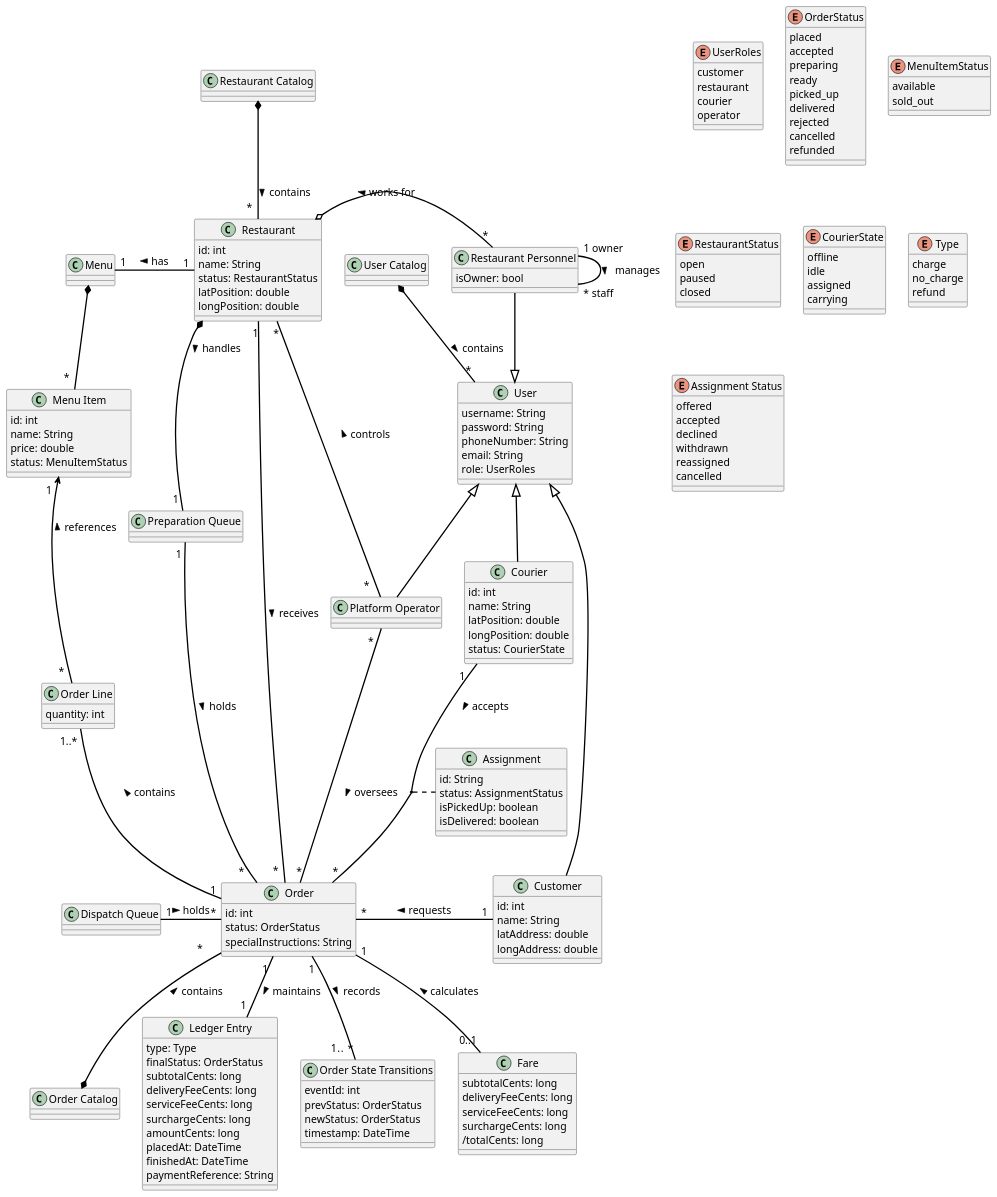
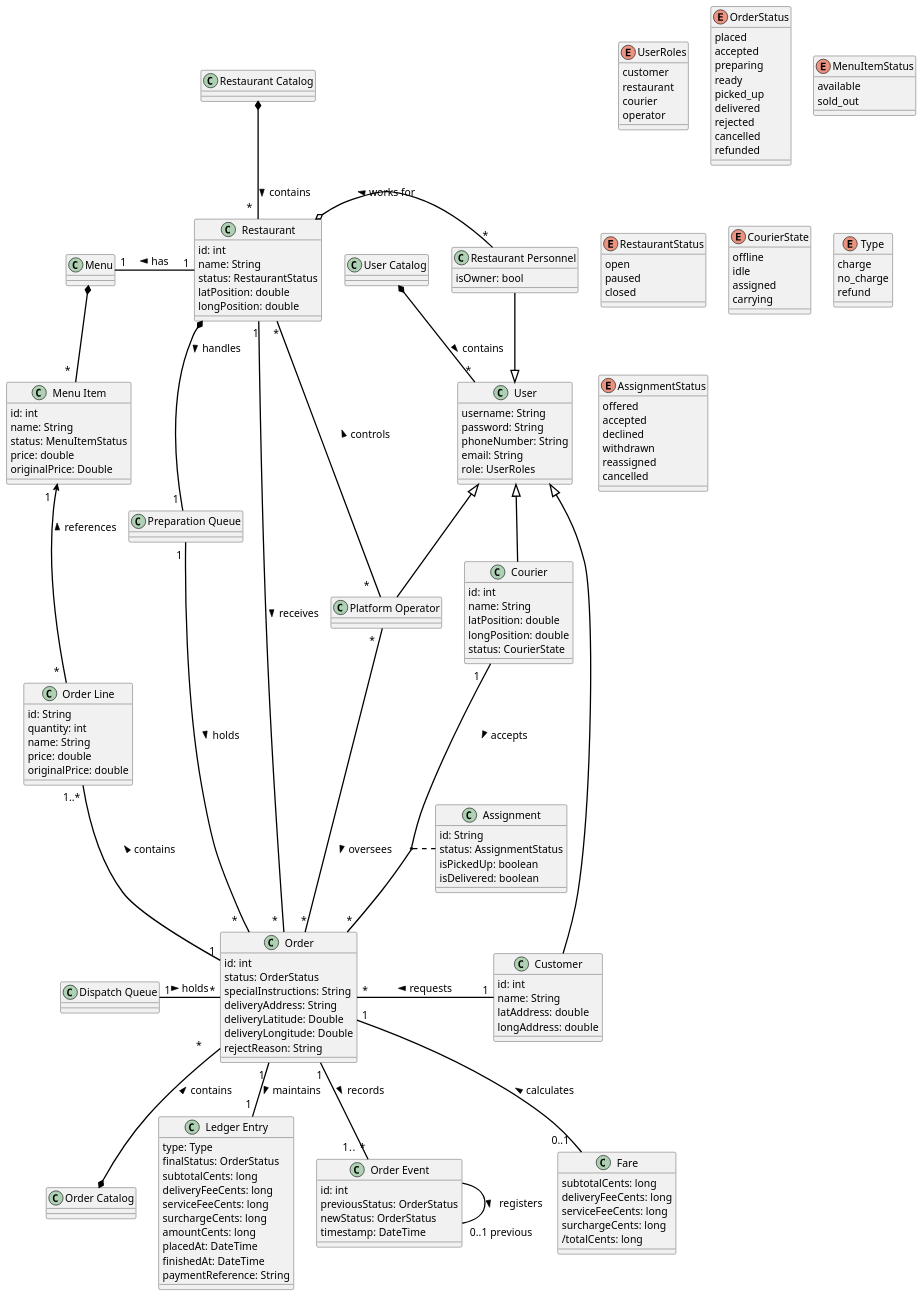
Before and after one commit to MonishKD/HelloWorldprint_HI: the diagram in diagrams/domainModel.puml, drawn with PlantUML.

Commit message:
Minor updates and field additions

```diff
--- a/diagrams/domainModel.puml
+++ b/diagrams/domainModel.puml
@@ -63,10 +63,18 @@
     id: int
     status: OrderStatus
     specialInstructions: String
+    deliveryAddress: String
+    deliveryLatitude: Double
+    deliveryLongitude: Double
+    rejectReason: String
 }
 
 class "Order Line" as OrderLine {
+    id: String
     quantity: int
+    name: String
+    price: double
+    originalPrice: double
 }
 
 class "Menu" as Menu {
@@ -76,8 +84,9 @@
 class "Menu Item" as MenuItem {
     id: int
     name: String
+    status: MenuItemStatus
     price: double
-    status: MenuItemStatus
+    originalPrice: Double
 }
 
 class "Preparation Queue" as PQ {
@@ -101,9 +110,9 @@
     paymentReference: String
 }
 
-class "Order State Transitions" as OST {
-    eventId: int
-    prevStatus: OrderStatus
+class "Order Event" as OST {
+    id: int
+    previousStatus: OrderStatus
     newStatus: OrderStatus
     timestamp: DateTime
 }
@@ -134,7 +143,6 @@
 
 'Restaurant -> MenuItem -> Order ===================='
 Restaurant o-right- "~*" RestPers: "works for <"
-RestPers "1 owner" -- "~* staff" RestPers: "manages >"
 Restaurant "1" -left- "1" Menu : "has >"
 Menu *-down- "~*  " MenuItem 
 MenuItem "1  " <-down- "~*  " OrderLine: "references <"
@@ -170,7 +178,10 @@
 PlatOp "~*  " -down- "~*" Order: "oversees >" 
 
 'Order-Fares ==========================' 
-Order "1" -- "0..1" Fare : calculates <
+Order "1" -- "0..1   " Fare : calculates <
+
+'Addtional relationships ================='
+OST -- " 0..1 previous" OST : registers >
 
 '-----List of possible enum classes: capitalize them??-------'
 enum "UserRoles" as UserRoles {
@@ -217,7 +228,7 @@
     refund
 }
 
-enum "Assignment Status" as AssignmentStatus {
+enum "AssignmentStatus" as AssignmentStatus {
     offered
     accepted
     declined
```
